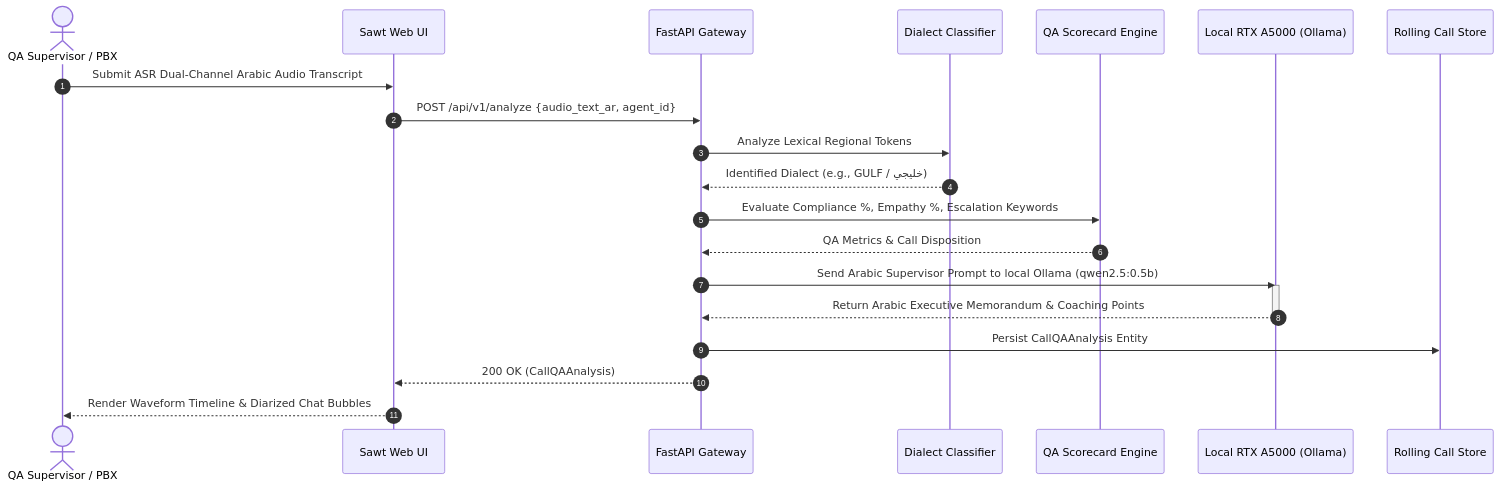
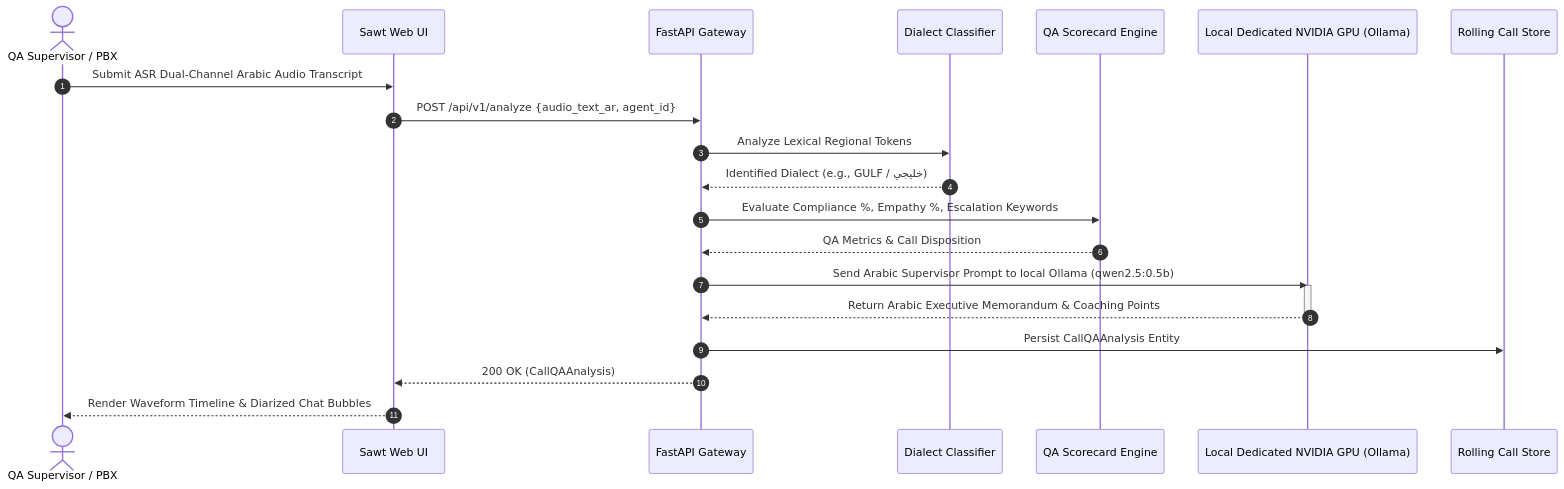
Before and after one commit to Kyrollo/sawt: the second of 2 diagrams in docs/architecture.md, drawn with Mermaid. The commit also changed other lines of this file and 7 other files, not shown here.

````diff
--- a/docs/architecture.md
+++ b/docs/architecture.md
@@ -47,25 +47,25 @@
 ```mermaid
 sequenceDiagram
     autonumber
     actor QA as QA Supervisor / PBX
     participant UI as Sawt Web UI
     participant API as FastAPI Gateway
     participant Dialect as Dialect Classifier
     participant QAEngine as QA Scorecard Engine
-    participant GPU as Local RTX A5000 (Ollama)
+    participant GPU as Local Dedicated NVIDIA GPU (Ollama)
     participant Store as Rolling Call Store
 
     QA->>UI: Submit ASR Dual-Channel Arabic Audio Transcript
     UI->>API: POST /api/v1/analyze {audio_text_ar, agent_id}
     API->>Dialect: Analyze Lexical Regional Tokens
     Dialect-->>API: Identified Dialect (e.g., GULF / خليجي)
     API->>QAEngine: Evaluate Compliance %, Empathy %, Escalation Keywords
     QAEngine-->>API: QA Metrics & Call Disposition
     API->>GPU: Send Arabic Supervisor Prompt to local Ollama (qwen2.5:0.5b)
     activate GPU
     GPU-->>API: Return Arabic Executive Memorandum & Coaching Points
     deactivate GPU
     API->>Store: Persist CallQAAnalysis Entity
     API-->>UI: 200 OK (CallQAAnalysis)
     UI-->>QA: Render Waveform Timeline & Diarized Chat Bubbles
 ```
````
